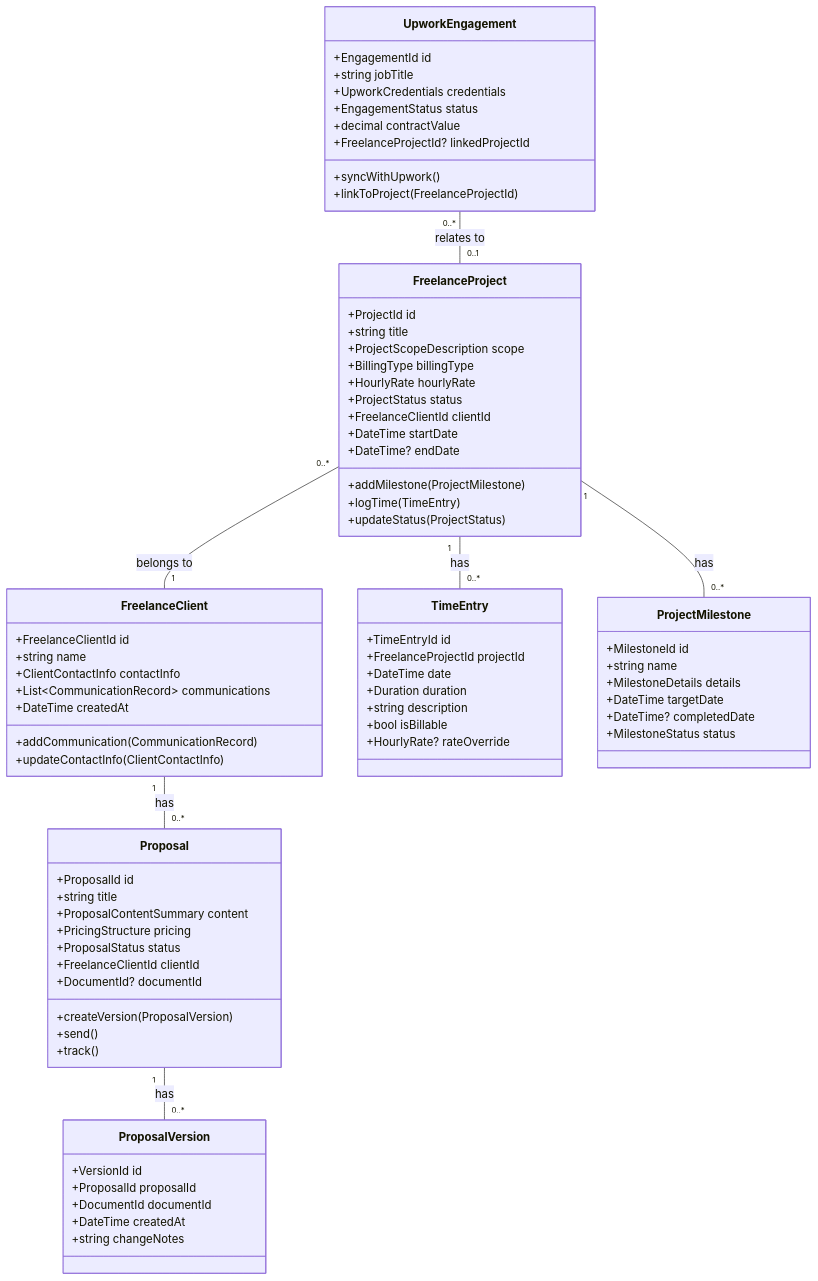
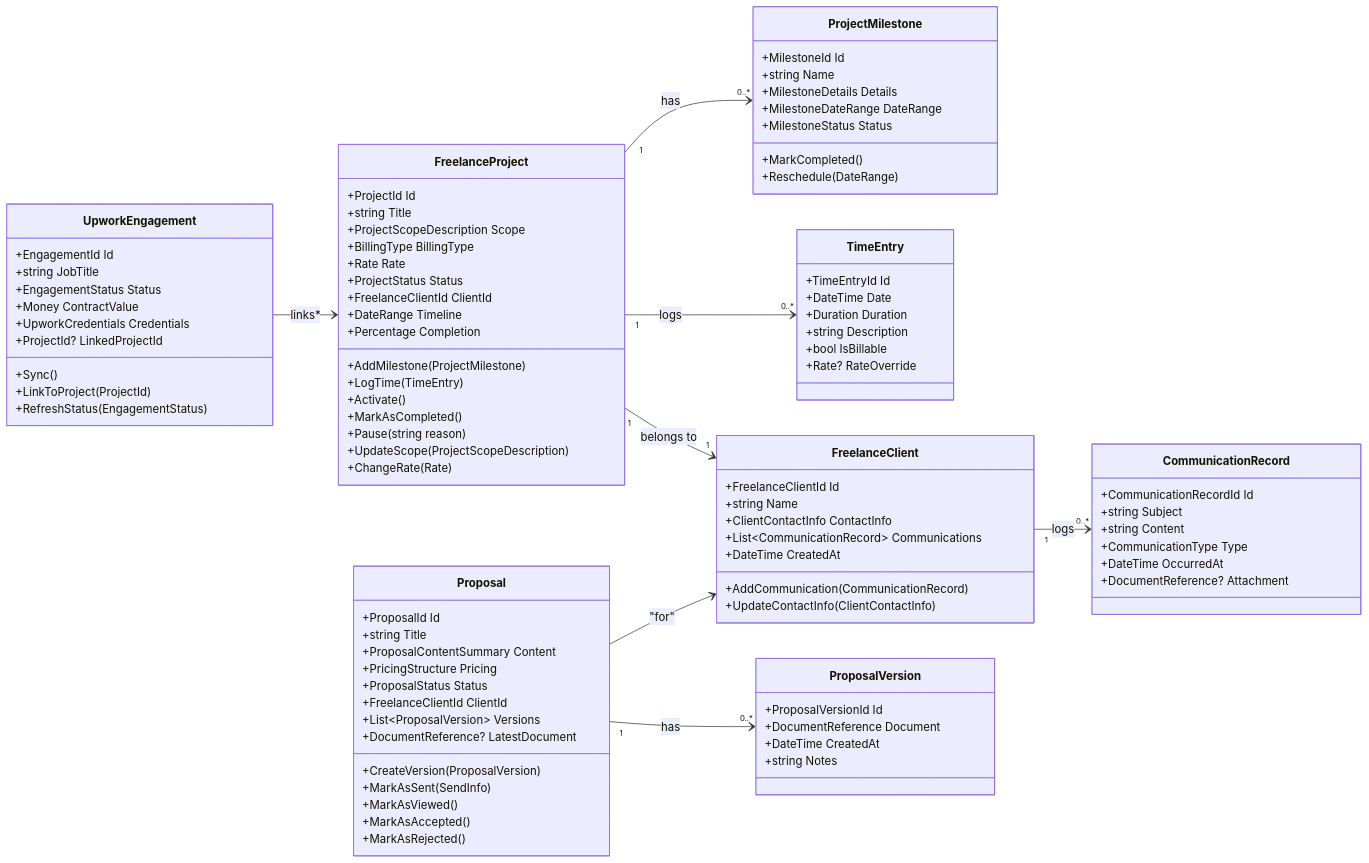
One commit to anuj-noumena/nouassist changed the fifth of 10 diagrams in Docs/Requirement/DomainSpecification/BusinessOperations.md. Above: the diagram before and after it, drawn with Mermaid. The commit also changed other lines of this file and 134 other files, not shown here.

````diff
--- a/Docs/Requirement/DomainSpecification/BusinessOperations.md
+++ b/Docs/Requirement/DomainSpecification/BusinessOperations.md
@@ -104,85 +697,112 @@
 ```mermaid
 classDiagram
+    direction LR
+
+    %% FreelanceProject Aggregate
     class FreelanceProject {
-        +ProjectId id
-        +string title
-        +ProjectScopeDescription scope
-        +BillingType billingType
-        +HourlyRate hourlyRate
-        +ProjectStatus status
-        +FreelanceClientId clientId
-        +DateTime startDate
-        +DateTime? endDate
-        +addMilestone(ProjectMilestone)
-        +logTime(TimeEntry)
-        +updateStatus(ProjectStatus)
-    }
-    
-    class FreelanceClient {
-        +FreelanceClientId id
-        +string name
-        +ClientContactInfo contactInfo
-        +List~CommunicationRecord~ communications
-        +DateTime createdAt
-        +addCommunication(CommunicationRecord)
-        +updateContactInfo(ClientContactInfo)
-    }
-    
-    class Proposal {
-        +ProposalId id
-        +string title
-        +ProposalContentSummary content
-        +PricingStructure pricing
-        +ProposalStatus status
-        +FreelanceClientId clientId
-        +DocumentId? documentId
-        +createVersion(ProposalVersion)
-        +send()
-        +track()
-    }
-    
-    class UpworkEngagement {
-        +EngagementId id
-        +string jobTitle
-        +UpworkCredentials credentials
-        +EngagementStatus status
-        +decimal contractValue
-        +FreelanceProjectId? linkedProjectId
-        +syncWithUpwork()
-        +linkToProject(FreelanceProjectId)
-    }
-    
-    class TimeEntry {
-        +TimeEntryId id
-        +FreelanceProjectId projectId
-        +DateTime date
-        +Duration duration
-        +string description
-        +bool isBillable
-        +HourlyRate? rateOverride
-    }
-    
-    class ProjectMilestone {
-        +MilestoneId id
-        +string name
-        +MilestoneDetails details
-        +DateTime targetDate
-        +DateTime? completedDate
-        +MilestoneStatus status
-    }
-    
-    class ProposalVersion {
-        +VersionId id
-        +ProposalId proposalId
-        +DocumentId documentId
-        +DateTime createdAt
-        +string changeNotes
+        +ProjectId Id
+        +string Title
+        +ProjectScopeDescription Scope
+        +BillingType BillingType
+        +Rate Rate
+        +ProjectStatus Status
+        +FreelanceClientId ClientId
+        +DateRange Timeline
+        +Percentage Completion
+        +AddMilestone(ProjectMilestone)
+        +LogTime(TimeEntry)
+        +Activate()
+        +MarkAsCompleted()
+        +Pause(string reason)
+        +UpdateScope(ProjectScopeDescription)
+        +ChangeRate(Rate)
     }
 
-    FreelanceProject "1" -- "0..*" TimeEntry : has
-    FreelanceProject "1" -- "0..*" ProjectMilestone : has
-    FreelanceProject "0..*" -- "1" FreelanceClient : belongs to
-    FreelanceClient "1" -- "0..*" Proposal : has
-    Proposal "1" -- "0..*" ProposalVersion : has
-    UpworkEngagement "0..*" -- "0..1" FreelanceProject : relates to
+    class ProjectMilestone {
+        +MilestoneId Id
+        +string Name
+        +MilestoneDetails Details
+        +MilestoneDateRange DateRange
+        +MilestoneStatus Status
+        +MarkCompleted()
+        +Reschedule(DateRange)
+    }
+
+    class TimeEntry {
+        +TimeEntryId Id
+        +DateTime Date
+        +Duration Duration
+        +string Description
+        +bool IsBillable
+        +Rate? RateOverride
+    }
+
+    %% FreelanceClient Aggregate
+    class FreelanceClient {
+        +FreelanceClientId Id
+        +string Name
+        +ClientContactInfo ContactInfo
+        +List~CommunicationRecord~ Communications
+        +DateTime CreatedAt
+        +AddCommunication(CommunicationRecord)
+        +UpdateContactInfo(ClientContactInfo)
+    }
+
+    class CommunicationRecord {
+        +CommunicationRecordId Id
+        +string Subject
+        +string Content
+        +CommunicationType Type
+        +DateTime OccurredAt
+        +DocumentReference? Attachment
+    }
+
+    %% Proposal Aggregate
+    class Proposal {
+        +ProposalId Id
+        +string Title
+        +ProposalContentSummary Content
+        +PricingStructure Pricing
+        +ProposalStatus Status
+        +FreelanceClientId ClientId
+        +List~ProposalVersion~ Versions
+        +DocumentReference? LatestDocument
+        +CreateVersion(ProposalVersion)
+        +MarkAsSent(SendInfo)
+        +MarkAsViewed()
+        +MarkAsAccepted()
+        +MarkAsRejected()
+    }
+
+    class ProposalVersion {
+        +ProposalVersionId Id
+        +DocumentReference Document
+        +DateTime CreatedAt
+        +string Notes
+    }
+
+    %% UpworkEngagement Aggregate
+    class UpworkEngagement {
+        +EngagementId Id
+        +string JobTitle
+        +EngagementStatus Status
+        +Money ContractValue
+        +UpworkCredentials Credentials
+        +ProjectId? LinkedProjectId
+        +Sync()
+        +LinkToProject(ProjectId)
+        +RefreshStatus(EngagementStatus)
+    }
+
+    %% Relationships
+    FreelanceProject "1" --> "0..*" TimeEntry : logs
+    FreelanceProject "1" --> "0..*" ProjectMilestone : has
+    FreelanceProject "1" --> "1" FreelanceClient : belongs to
+
+    FreelanceClient "1" --> "0..*" CommunicationRecord : logs
+
+    Proposal "1" --> "0..*" ProposalVersion : has
+    Proposal --> FreelanceClient : "for"
+
+    UpworkEngagement --> FreelanceProject : links*
 ```
````
